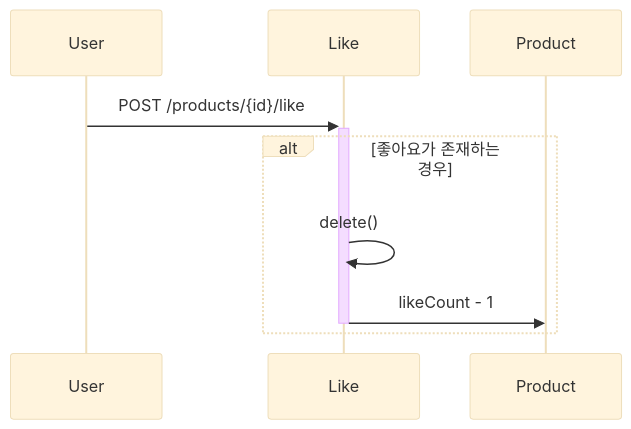
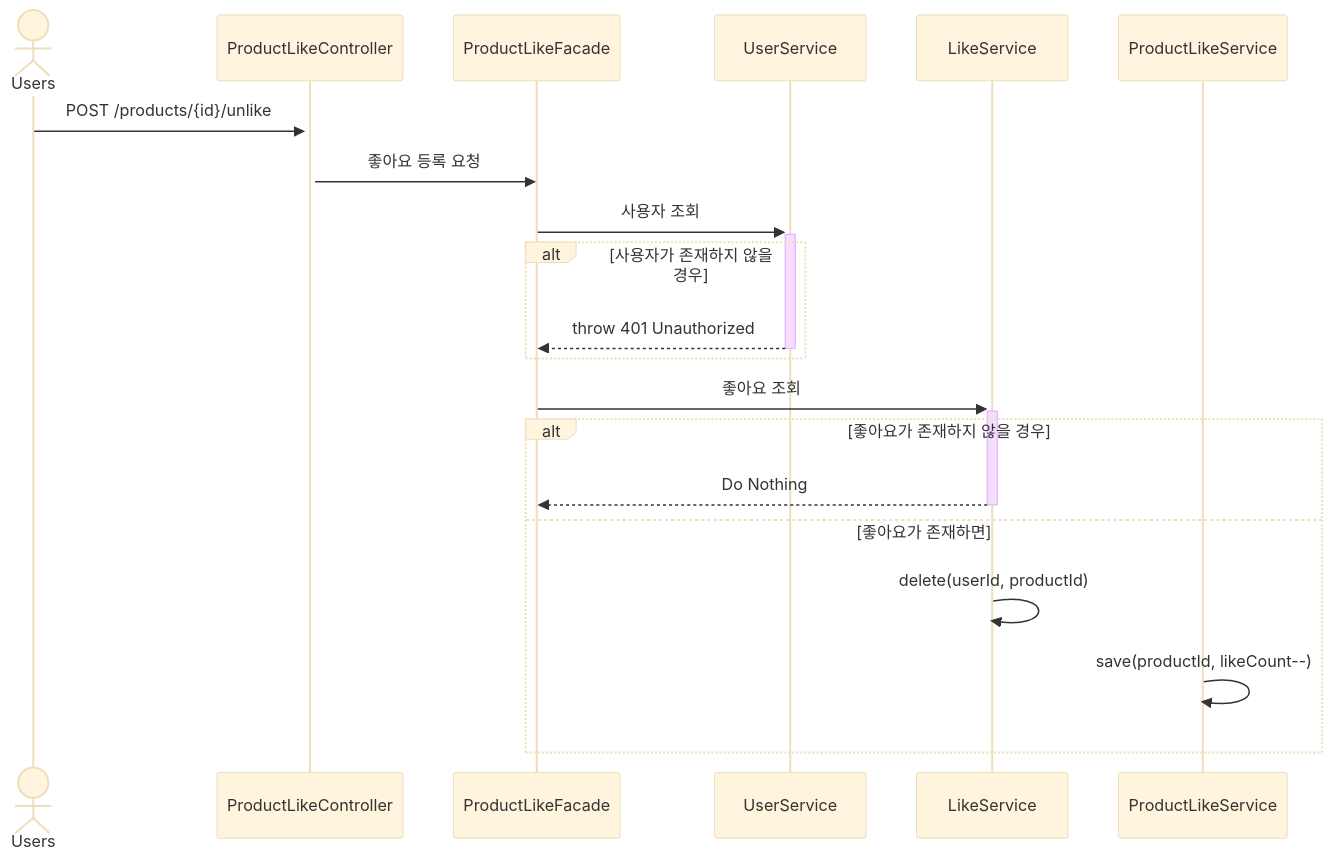
Before and after one commit to o3ozzvb/kotlin-ecommerce: the second of 3 diagrams in docs/design/02-sequence-diagrams.md, drawn with Mermaid (base theme). The commit also changed other lines of this file, not shown here.

Commit message:
docs: 좋아요 등록/취소 시퀀스 다이어그램 보완

````diff
--- a/docs/design/02-sequence-diagrams.md
+++ b/docs/design/02-sequence-diagrams.md
@@ -18,13 +29,24 @@
 ```mermaid
 sequenceDiagram
-	participant User
-	participant Like
-	participant Product
-	
-	User->>+Like: POST /products/{id}/like
-	
-alt 좋아요가 존재하는 경우
-	Like->>Like: delete()
-	Like->>-Product: likeCount - 1
-end
+    actor Users
+    participant PLC as ProductLikeController
+    participant PLF as ProductLikeFacade
+    participant US as UserService
+    participant LS as LikeService
+    participant PLS as ProductLikeService
+
+    Users->>+PLC: POST /products/{id}/unlike
+    PLC->>PLF: 좋아요 등록 요청
+    PLF->>+US: 사용자 조회
+    alt 사용자가 존재하지 않을 경우
+        US-->>-PLF: throw 401 Unauthorized
+    end
+
+    PLF->>+LS: 좋아요 조회
+    alt 좋아요가 존재하지 않을 경우
+        LS-->>-PLF: Do Nothing
+    else 좋아요가 존재하면
+        LS->>LS: delete(userId, productId)
+        PLS->>PLS: save(productId, likeCount--)
+    end
 ```
````
